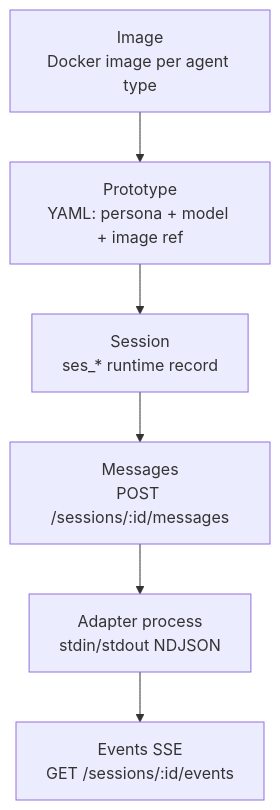
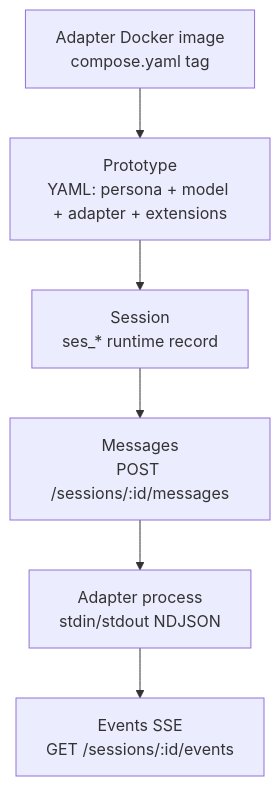
One commit to shazhou-ww/sumeru changed the first of 3 diagrams in cards/architecture-overview.md. Above: the diagram before and after it, drawn with Mermaid. The commit also changed other lines of this file and 384 other files, not shown here.

````diff
--- a/cards/architecture-overview.md
+++ b/cards/architecture-overview.md
@@ -26,8 +26,8 @@
 ```mermaid
 flowchart TB
-  A[Image\nDocker image per agent type] --> B[Prototype\nYAML: persona + model + image ref]
+  A[Adapter Docker image\ncompose.yaml tag] --> B[Prototype\nYAML: persona + model + adapter + extensions]
   B --> C[Session\nses_* runtime record]
   C --> D[Messages\nPOST /sessions/:id/messages]
   D --> E[Adapter process\nstdin/stdout NDJSON]
   E --> F[Events SSE\nGET /sessions/:id/events]
 ```
````
